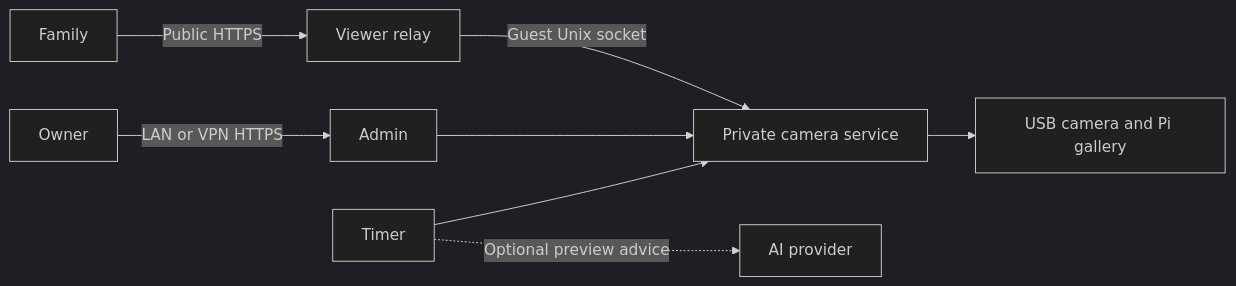
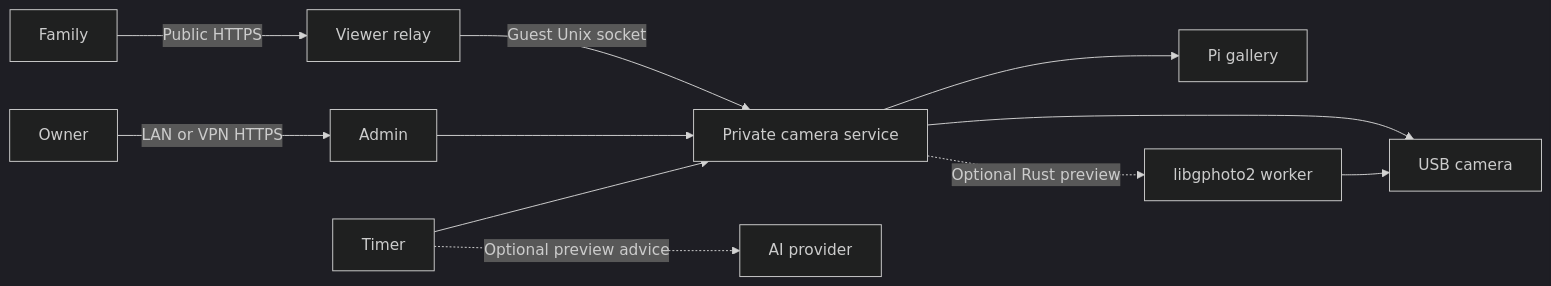
The diagram in README.md (affromero/sony-pi-camera), drawn with Mermaid (dark theme) before and after one commit. The commit also changed 18 other files, not shown here.

Commit message:
Add optional Rust USB preview and private live stream

````diff
--- a/README.md
+++ b/README.md
@@ -5,10 +5,13 @@
 ```mermaid
 flowchart LR
     Family -->|Public HTTPS| Relay[Viewer relay]
     Relay -->|Guest Unix socket| Camera[Private camera service]
     Owner -->|LAN or VPN HTTPS| Admin[Admin]
     Admin --> Camera
     Timer --> Camera
     Timer -. Optional preview advice .-> AI[AI provider]
-    Camera --> Sony[USB camera and Pi gallery]
+    Camera --> Gallery[Pi gallery]
+    Camera --> Sony[USB camera]
+    Camera -. Optional Rust preview .-> Worker[libgphoto2 worker]
+    Worker --> Sony
 ```
````
